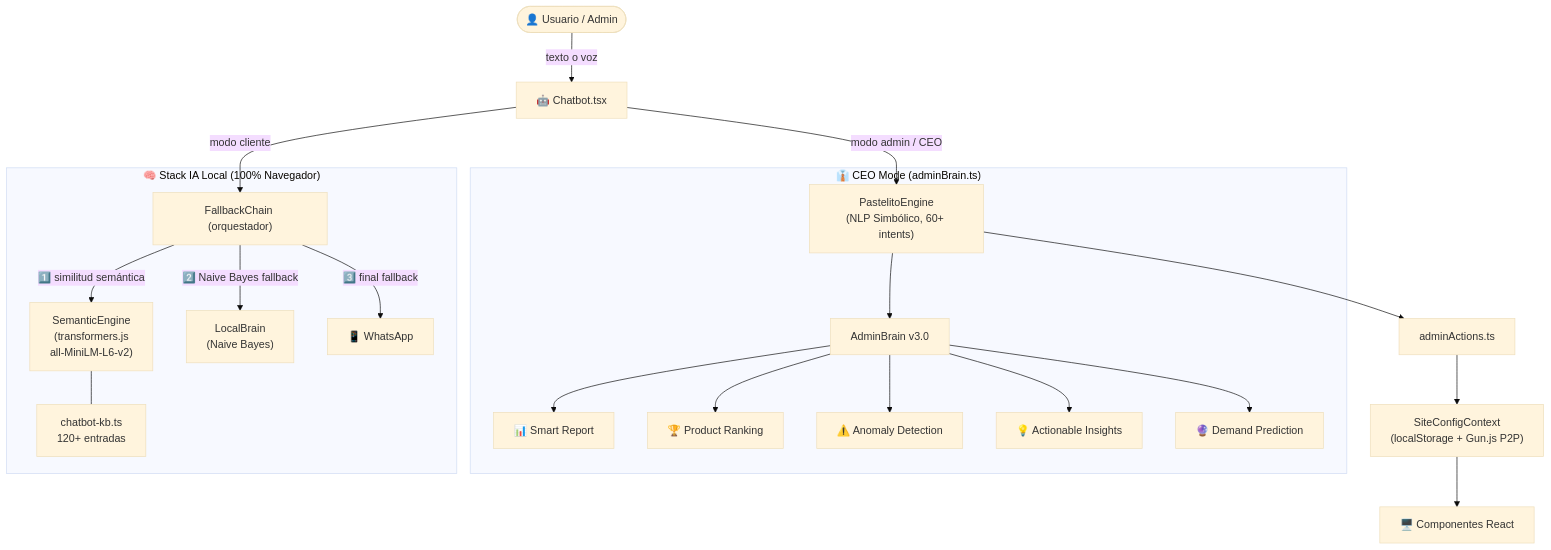
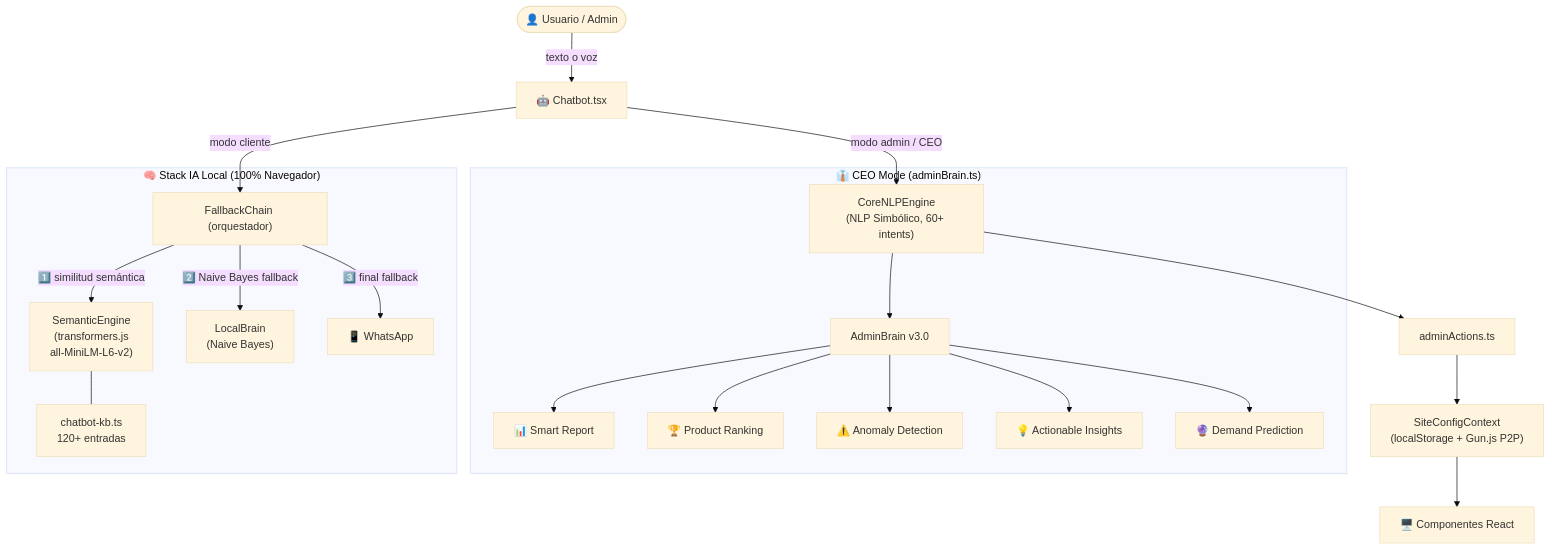
The first of 3 diagrams in _integrations/FabricaWeb/DIAGRAM.md (DarckRovert/Gravity_AI_bridge), drawn with Mermaid (base theme) before and after one commit. The commit also changed other lines of this file and 11 other files, not shown here.

Commit message:
Refactor: Decouple identity to gravity-web-core and offload NLP to Web Workers

````diff
--- a/_integrations/FabricaWeb/DIAGRAM.md
+++ b/_integrations/FabricaWeb/DIAGRAM.md
@@ -5,29 +5,29 @@
 ```mermaid
 flowchart TD
     User(["👤 Usuario / Admin"]) -->|texto o voz| Chatbot["🤖 Chatbot.tsx"]
 
     Chatbot -->|modo cliente| FallbackChain
-    Chatbot -->|modo admin / CEO| PastelitoEngine
+    Chatbot -->|modo admin / CEO| CoreNLPEngine
 
     subgraph AI_LOCAL["🧠 Stack IA Local (100% Navegador)"]
         FallbackChain["FallbackChain (orquestador)"]
         FallbackChain -->|"1️⃣ similitud semántica"| SemanticEngine["SemanticEngine\n(transformers.js\nall-MiniLM-L6-v2)"]
         FallbackChain -->|"2️⃣ Naive Bayes fallback"| LocalBrain["LocalBrain\n(Naive Bayes)"]
         FallbackChain -->|"3️⃣ final fallback"| WA["📱 WhatsApp"]
         SemanticEngine --- KB["chatbot-kb.ts\n120+ entradas"]
     end
 
     subgraph CEO["👔 CEO Mode (adminBrain.ts)"]
-        PastelitoEngine["PastelitoEngine\n(NLP Simbólico, 60+ intents)"]
-        PastelitoEngine --> AdminBrain["AdminBrain v3.0"]
+        CoreNLPEngine["CoreNLPEngine\n(NLP Simbólico, 60+ intents)"]
+        CoreNLPEngine --> AdminBrain["AdminBrain v3.0"]
         AdminBrain --> Report["📊 Smart Report"]
         AdminBrain --> Ranking["🏆 Product Ranking"]
         AdminBrain --> Anomalies["⚠️ Anomaly Detection"]
         AdminBrain --> Insights["💡 Actionable Insights"]
         AdminBrain --> Demand["🔮 Demand Prediction"]
     end
 
-    PastelitoEngine --> AdminActions["adminActions.ts"]
+    CoreNLPEngine --> AdminActions["adminActions.ts"]
     AdminActions --> Context["SiteConfigContext\n(localStorage + Gun.js P2P)"]
     Context --> UI["🖥️ Componentes React"]
 ```
````
